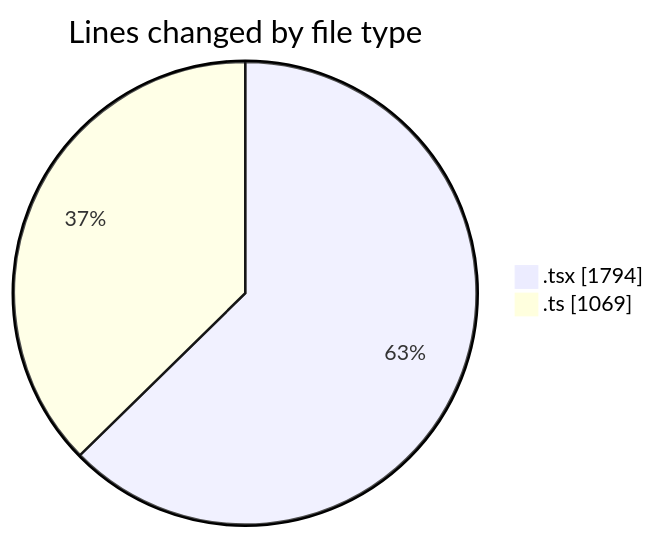
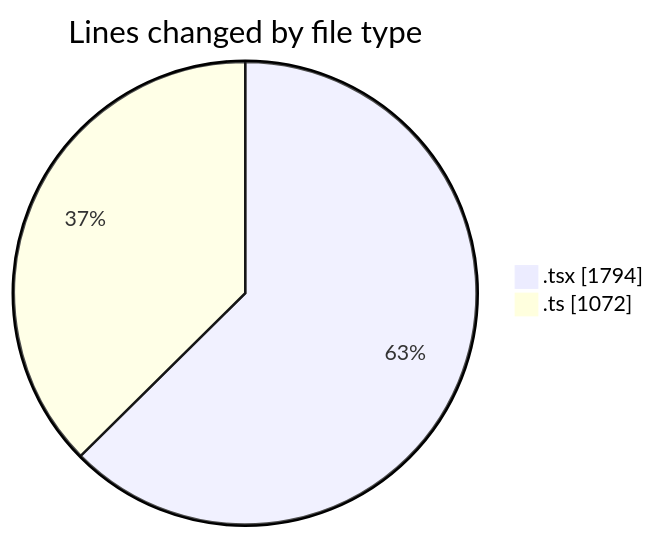
The first of 2 diagrams in 2026-02-20/nxtqube_webapp/README.md (nxtqubesakshisongat/code-tracking), drawn with Mermaid before and after one commit. The commit also changed other lines of this file and 1 other file, not shown here.

````diff
--- a/2026-02-20/nxtqube_webapp/README.md
+++ b/2026-02-20/nxtqube_webapp/README.md
@@ -29,6 +29,6 @@
 ```mermaid
 pie showData
 title Lines changed by file type
 ".tsx" : 1794
-".ts" : 1069
+".ts" : 1072
 ```
````
